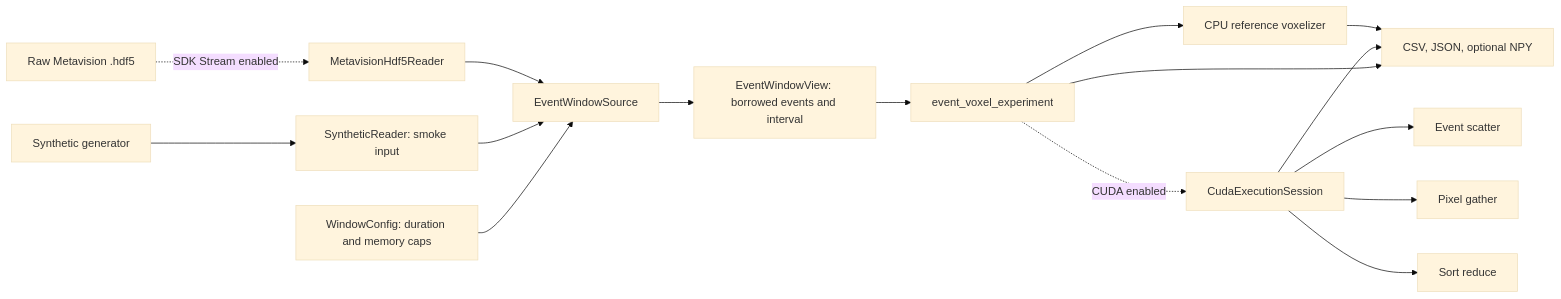
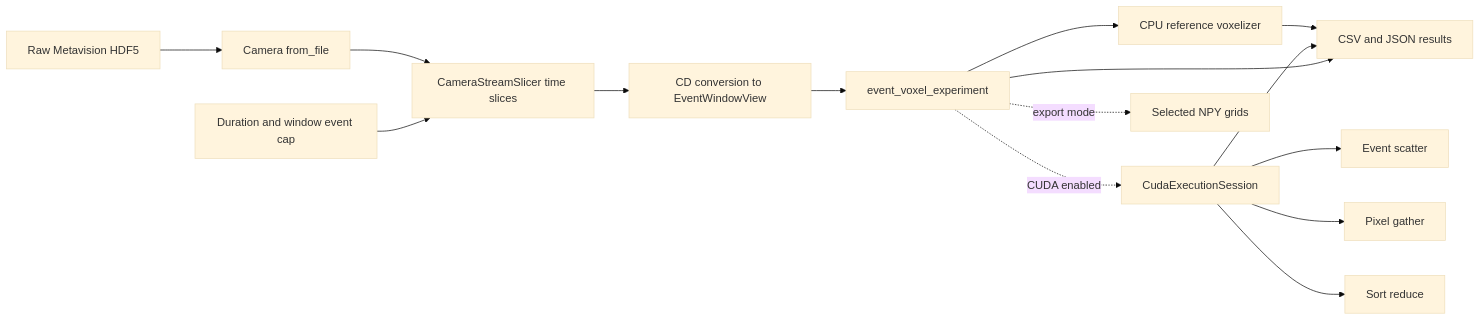
One commit to kracunovic92/Eventcamera-voxel-cuda changed the diagram in docs/architecture.md. Above: the diagram before and after it, drawn with Mermaid (base theme). The commit also changed other lines of this file and 95 other files, not shown here.

Commit message:
refactor: focus experiments on HDF5 time slices

````diff
--- a/docs/architecture.md
+++ b/docs/architecture.md
@@ -6,18 +6,17 @@
 ```mermaid
 flowchart LR
-    H[Raw Metavision .hdf5] -. SDK Stream enabled .-> R[MetavisionHdf5Reader]
-    S[Synthetic generator] --> SR[SyntheticReader: smoke input]
-    R --> W[EventWindowSource]
-    SR --> W
-    WC[WindowConfig: duration and memory caps] --> W
-    W --> V[EventWindowView: borrowed events and interval]
+    H[Raw Metavision HDF5] --> R[Camera from_file]
+    R --> W[CameraStreamSlicer time slices]
+    WC[Duration and window event cap] --> W
+    W --> V[CD conversion to EventWindowView]
     V --> X[event_voxel_experiment]
     X --> C[CPU reference voxelizer]
     X -. CUDA enabled .-> G[CudaExecutionSession]
     G --> ES[Event scatter]
     G --> PG[Pixel gather]
     G --> SO[Sort reduce]
-    C --> O[CSV, JSON, optional NPY]
+    C --> O[CSV and JSON results]
     G --> O
     X --> O
+    X -. export mode .-> N[Selected NPY grids]
 ```
````
